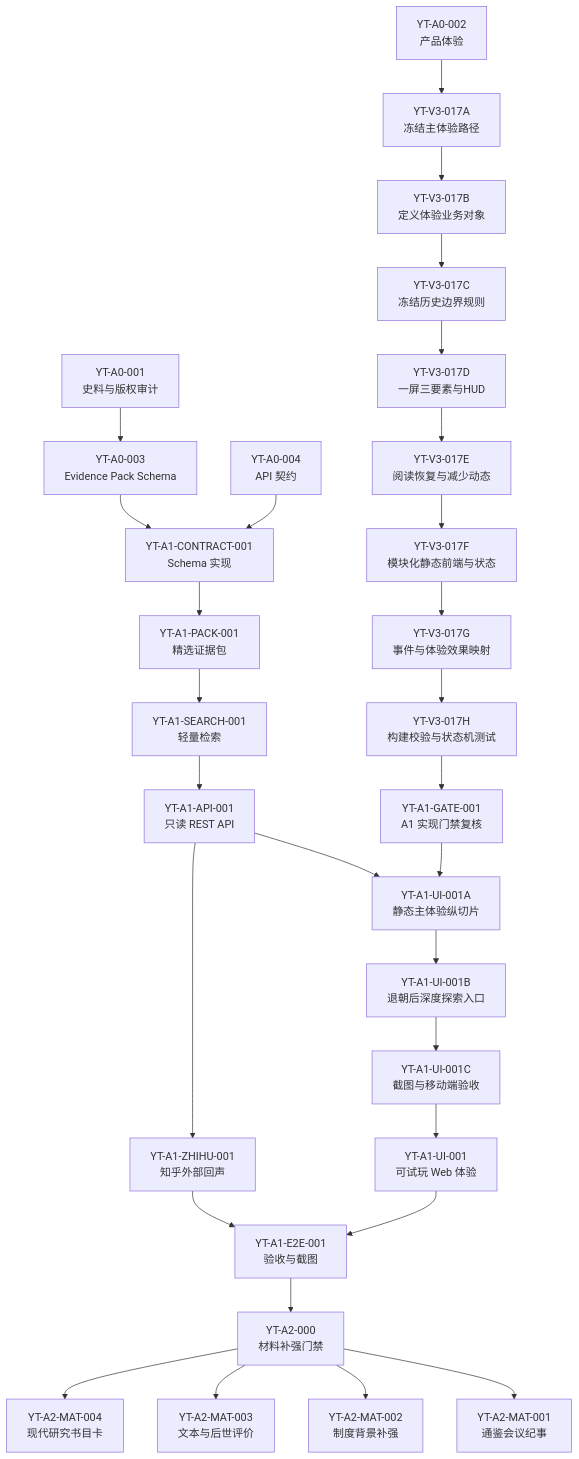
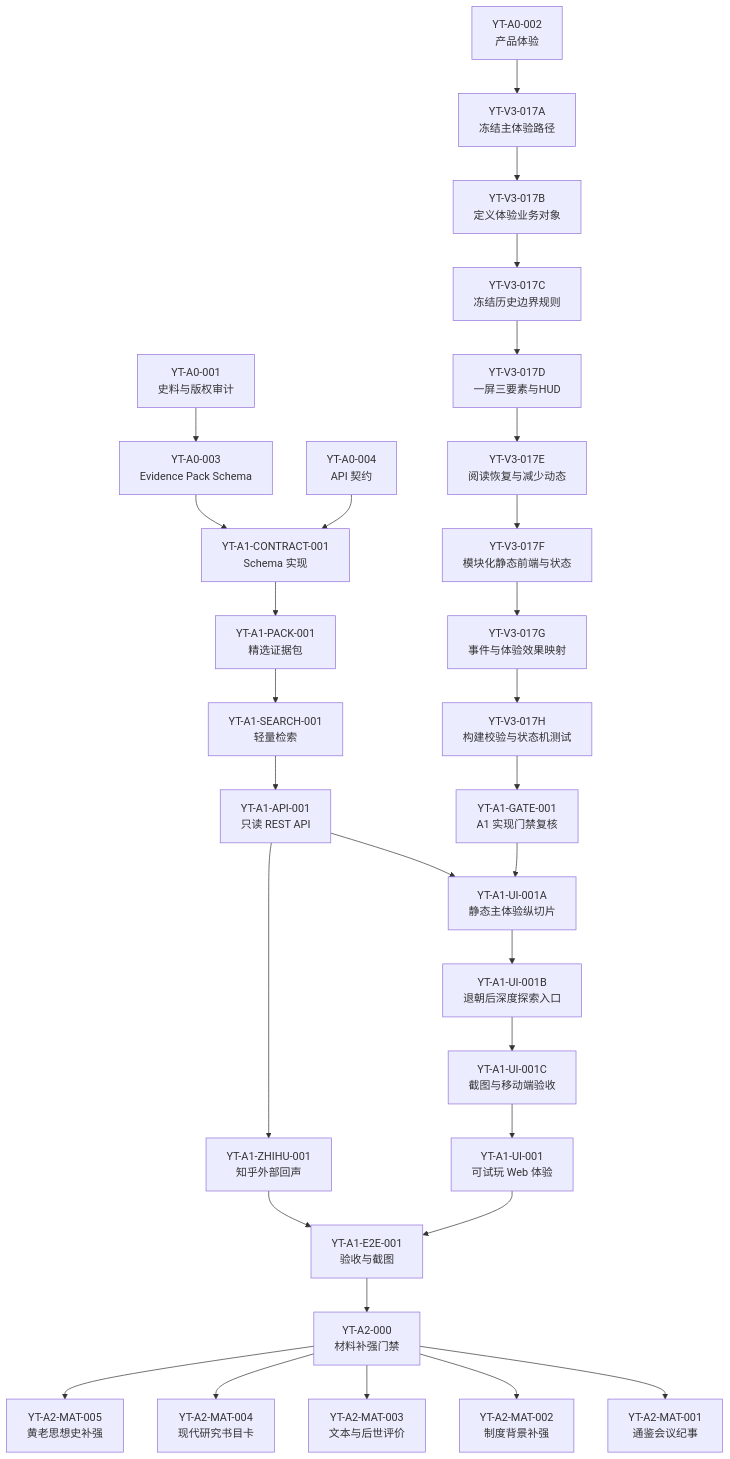
One commit to baijianqing/yantie-history changed the diagram in docs/YANTIE_TASK_BREAKDOWN.md. Above: the diagram before and after it, drawn with Mermaid. The commit also changed other lines of this file and 3 other files, not shown here.

````diff
--- a/docs/YANTIE_TASK_BREAKDOWN.md
+++ b/docs/YANTIE_TASK_BREAKDOWN.md
@@ -24,32 +24,33 @@
 ```mermaid
 flowchart TB
     A001["YT-A0-001<br/>史料与版权审计"] --> A003["YT-A0-003<br/>Evidence Pack Schema"]
     A002["YT-A0-002<br/>产品体验"]
     A003 --> C001["YT-A1-CONTRACT-001<br/>Schema 实现"]
     A004["YT-A0-004<br/>API 契约"] --> C001
     C001 --> P001["YT-A1-PACK-001<br/>精选证据包"]
     P001 --> S001["YT-A1-SEARCH-001<br/>轻量检索"]
     S001 --> API001["YT-A1-API-001<br/>只读 REST API"]
     API001 --> UI001A["YT-A1-UI-001A<br/>静态主体验纵切片"]
     UI001A --> UI001B["YT-A1-UI-001B<br/>退朝后深度探索入口"]
     UI001B --> UI001C["YT-A1-UI-001C<br/>截图与移动端验收"]
     UI001C --> UI001["YT-A1-UI-001<br/>可试玩 Web 体验"]
     API001 --> ZH001["YT-A1-ZHIHU-001<br/>知乎外部回声"]
     UI001 --> E2E001["YT-A1-E2E-001<br/>验收与截图"]
     ZH001 --> E2E001
     E2E001 --> A2000["YT-A2-000<br/>材料补强门禁"]
     A2000 --> A2MAT001["YT-A2-MAT-001<br/>通鉴会议纪事"]
     A2000 --> A2MAT002["YT-A2-MAT-002<br/>制度背景补强"]
     A2000 --> A2MAT003["YT-A2-MAT-003<br/>文本与后世评价"]
     A2000 --> A2MAT004["YT-A2-MAT-004<br/>现代研究书目卡"]
+    A2000 --> A2MAT005["YT-A2-MAT-005<br/>黄老思想史补强"]
     A002 --> V3017A["YT-V3-017A<br/>冻结主体验路径"]
     V3017A --> V3017B["YT-V3-017B<br/>定义体验业务对象"]
     V3017B --> V3017C["YT-V3-017C<br/>冻结历史边界规则"]
     V3017C --> V3017D["YT-V3-017D<br/>一屏三要素与HUD"]
     V3017D --> V3017E["YT-V3-017E<br/>阅读恢复与减少动态"]
     V3017E --> V3017F["YT-V3-017F<br/>模块化静态前端与状态"]
     V3017F --> V3017G["YT-V3-017G<br/>事件与体验效果映射"]
     V3017G --> V3017H["YT-V3-017H<br/>构建校验与状态机测试"]
     V3017H --> GATE001["YT-A1-GATE-001<br/>A1 实现门禁复核"]
     GATE001 --> UI001A
 ```
````
